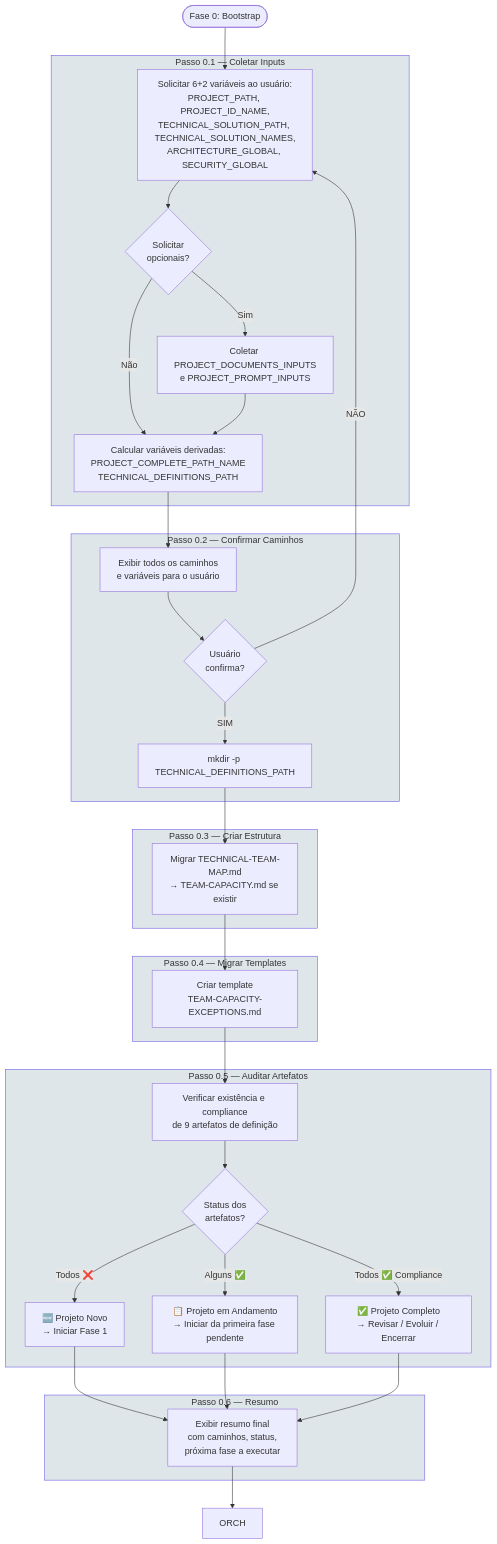
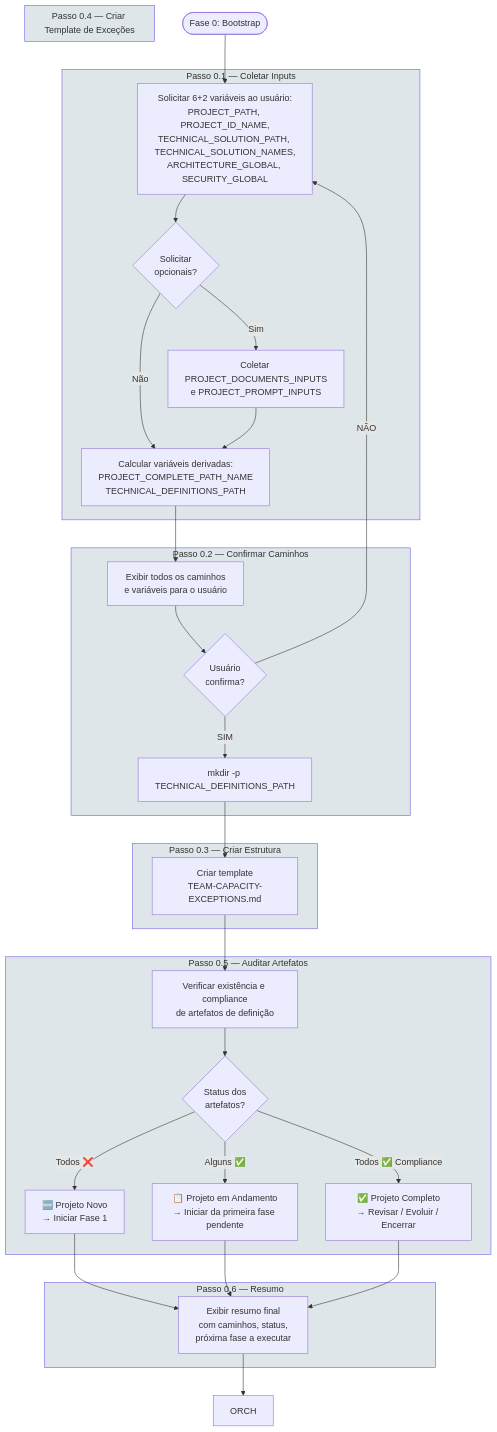
The second of 10 diagrams in .specs/prompts/project-technical-definitions/FLOWCHART-PROMPT-ROADMAP-GENERATE-PROJECT-TECHNICAL-DEFINITIONS.md (bolismar69/workspace-fbso), drawn with Mermaid before and after one commit. The commit also changed other lines of this file, not shown here.

First line of the commit message:
docs: flowchart tech-defs v4.0 → v5.0 — blocos sequenciais, 20 fases

````diff
--- a/.specs/prompts/project-technical-definitions/FLOWCHART-PROMPT-ROADMAP-GENERATE-PROJECT-TECHNICAL-DEFINITIONS.md
+++ b/.specs/prompts/project-technical-definitions/FLOWCHART-PROMPT-ROADMAP-GENERATE-PROJECT-TECHNICAL-DEFINITIONS.md
@@ -81,48 +104,48 @@
 ```mermaid
 flowchart TD
     F0_START([Fase 0: Bootstrap]) --> F0_1
 
     subgraph PASSO_01[Passo 0.1 — Coletar Inputs]
         F0_1[Solicitar 6+2 variáveis ao usuário:<br/>PROJECT_PATH, PROJECT_ID_NAME,<br/>TECHNICAL_SOLUTION_PATH, TECHNICAL_SOLUTION_NAMES,<br/>ARCHITECTURE_GLOBAL, SECURITY_GLOBAL] --> F0_1_OPT{Solicitar<br/>opcionais?}
         F0_1_OPT -->|Sim| F0_1_OPT_IN[Coletar PROJECT_DOCUMENTS_INPUTS<br/>e PROJECT_PROMPT_INPUTS]
         F0_1_OPT -->|Não| F0_2
         F0_1_OPT_IN --> F0_2
     end
 
     subgraph PASSO_02[Passo 0.2 — Confirmar Caminhos]
         F0_2[Calcular variáveis derivadas:<br/>PROJECT_COMPLETE_PATH_NAME<br/>TECHNICAL_DEFINITIONS_PATH] --> F0_2_DISP[Exibir todos os caminhos<br/>e variáveis para o usuário]
         F0_2_DISP --> F0_2_CONF{Usuário<br/>confirma?}
         F0_2_CONF -->|NÃO| F0_1
         F0_2_CONF -->|SIM| F0_3
     end
 
     subgraph PASSO_03[Passo 0.3 — Criar Estrutura]
         F0_3[mkdir -p TECHNICAL_DEFINITIONS_PATH] --> F0_4
     end
 
-    subgraph PASSO_04[Passo 0.4 — Migrar Templates]
-        F0_4[Migrar TECHNICAL-TEAM-MAP.md<br/>→ TEAM-CAPACITY.md se existir] --> F0_4B[Criar template<br/>TEAM-CAPACITY-EXCEPTIONS.md]
+    subgraph PASSO_04[Passo 0.4 — Criar Template de Exceções]
+        F0_4[Criar template<br/>TEAM-CAPACITY-EXCEPTIONS.md]
     end
 
     subgraph PASSO_05[Passo 0.5 — Auditar Artefatos]
-        F0_4B --> F0_5[Verificar existência e compliance<br/>de 9 artefatos de definição] --> F0_5_DEC{Status dos<br/>artefatos?}
+        F0_4 --> F0_5[Verificar existência e compliance<br/>de artefatos de definição] --> F0_5_DEC{Status dos<br/>artefatos?}
         F0_5_DEC -->|Todos ❌| F0_6A[🆕 Projeto Novo<br/>→ Iniciar Fase 1]
         F0_5_DEC -->|Alguns ✅| F0_6B[📋 Projeto em Andamento<br/>→ Iniciar da primeira fase pendente]
         F0_5_DEC -->|Todos ✅ Compliance| F0_6C[✅ Projeto Completo<br/>→ Revisar / Evoluir / Encerrar]
     end
 
     subgraph PASSO_06[Passo 0.6 — Resumo]
         F0_6A --> F0_6[Exibir resumo final<br/>com caminhos, status,<br/>próxima fase a executar]
         F0_6B --> F0_6
         F0_6C --> F0_6
     end
 
     F0_6 --> ORCH
 
     style PASSO_01 fill:#dfe6e9,stroke:#6c5ce7
     style PASSO_02 fill:#dfe6e9,stroke:#6c5ce7
     style PASSO_03 fill:#dfe6e9,stroke:#6c5ce7
     style PASSO_04 fill:#dfe6e9,stroke:#6c5ce7
     style PASSO_05 fill:#dfe6e9,stroke:#6c5ce7
     style PASSO_06 fill:#dfe6e9,stroke:#6c5ce7
 ```
````
